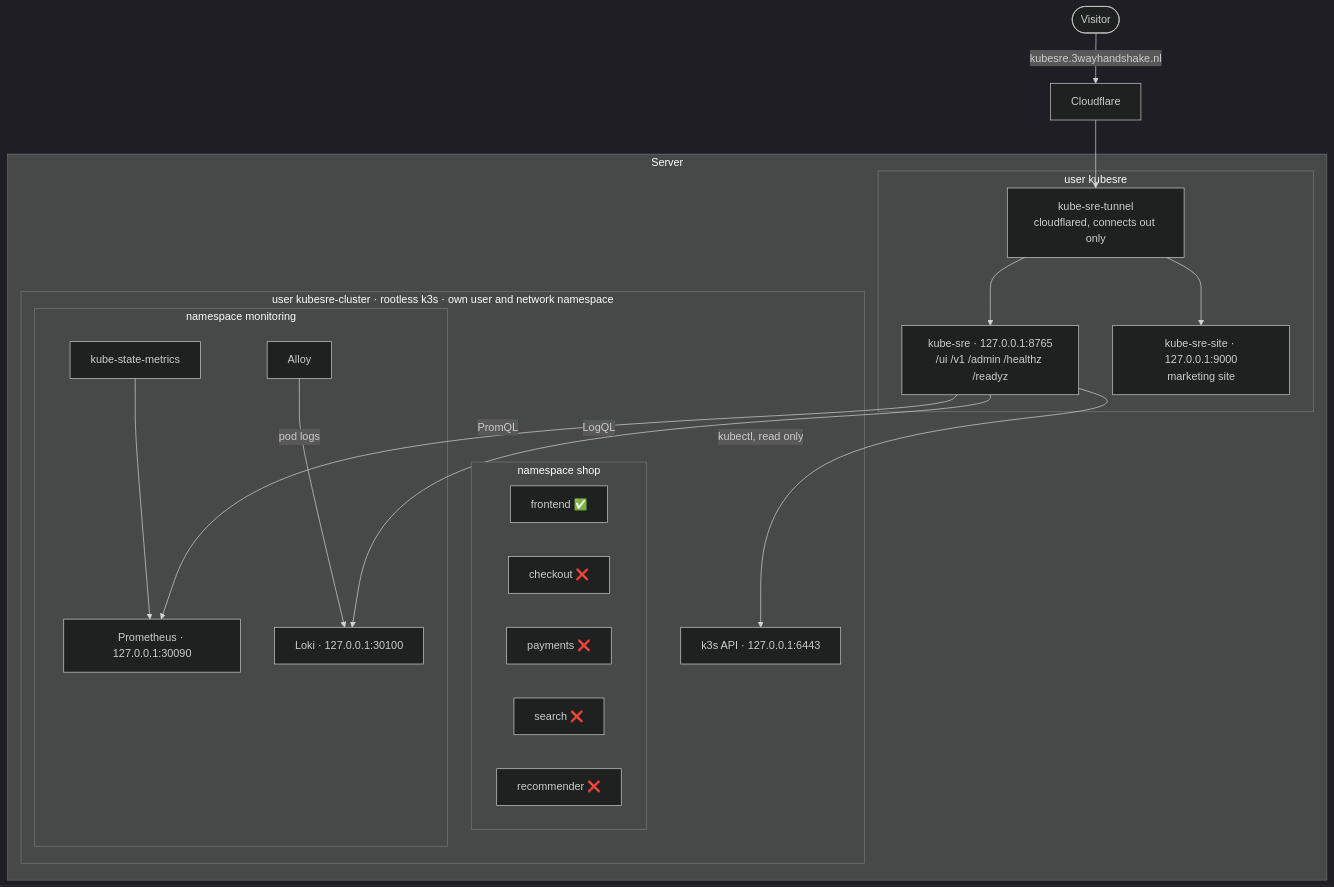
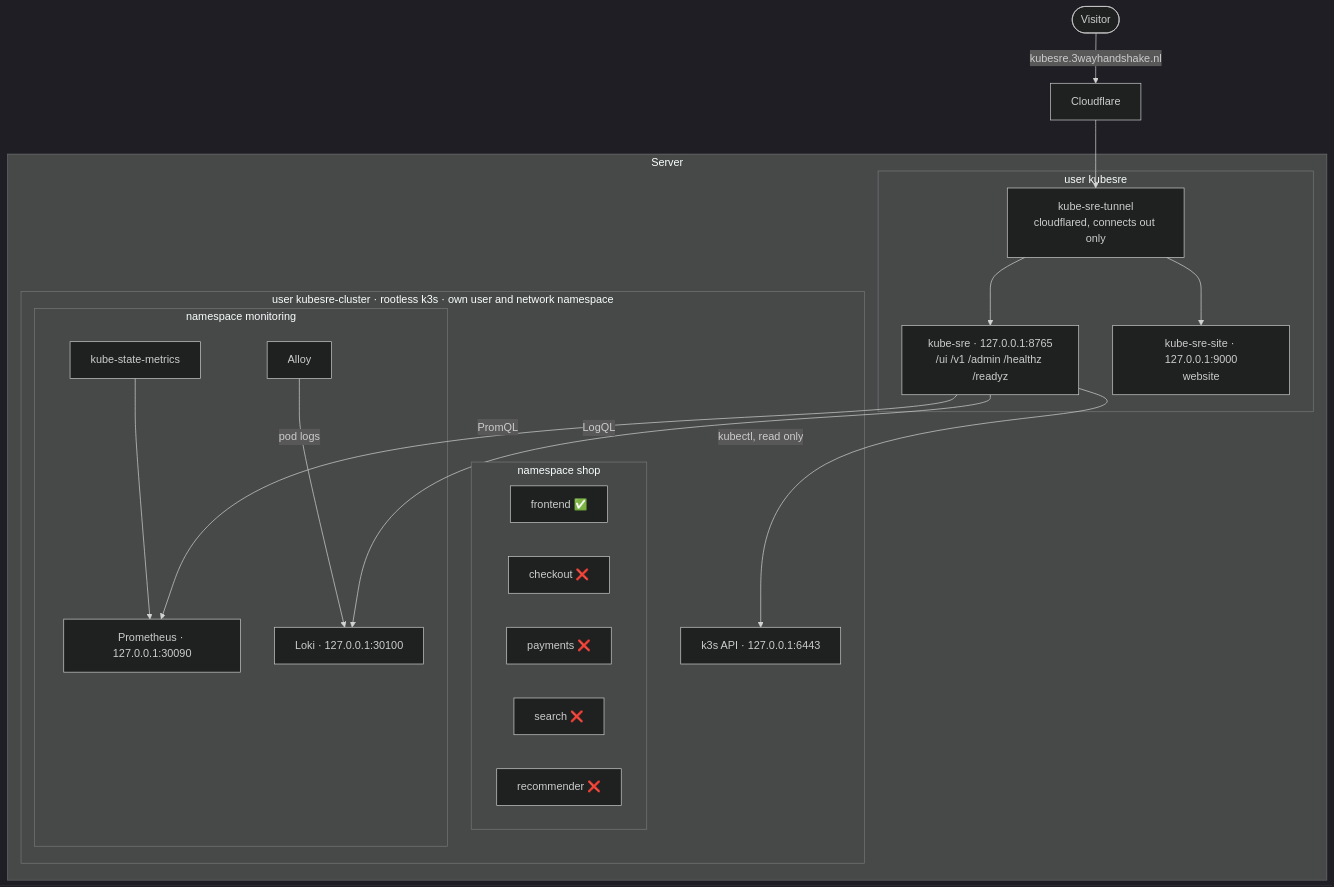
Before and after one commit to DinethShakya23/kube-sre: the first of 2 diagrams in DEMO.md, drawn with Mermaid (dark theme). The commit also changed other lines of this file and 6 other files, not shown here.

````diff
--- a/DEMO.md
+++ b/DEMO.md
@@ -60,35 +60,35 @@
 ```mermaid
 flowchart TB
   V([Visitor]) -->|kubesre.3wayhandshake.nl| CF[Cloudflare]
   CF --> TUN
   subgraph S[Server]
     subgraph U1["user kubesre"]
       TUN["kube-sre-tunnel<br/>cloudflared, connects out only"]
       APP["kube-sre · 127.0.0.1:8765<br/>/ui /v1 /admin /healthz /readyz"]
-      SITE["kube-sre-site · 127.0.0.1:9000<br/>marketing site"]
+      SITE["kube-sre-site · 127.0.0.1:9000<br/>website"]
     end
     subgraph U2["user kubesre-cluster · rootless k3s · own user and network namespace"]
       APIS["k3s API · 127.0.0.1:6443"]
       subgraph shop["namespace shop"]
         FE[frontend ✅]
         CO[checkout ❌]
         PA[payments ❌]
         SE[search ❌]
         RE[recommender ❌]
       end
       subgraph mon["namespace monitoring"]
         PR["Prometheus · 127.0.0.1:30090"]
         LK["Loki · 127.0.0.1:30100"]
         KSM[kube-state-metrics]
         AL[Alloy]
       end
     end
   end
   TUN --> APP
   TUN --> SITE
   APP -->|"kubectl, read only"| APIS
   APP -->|PromQL| PR
   APP -->|LogQL| LK
   KSM --> PR
   AL -->|pod logs| LK
 ```
````
